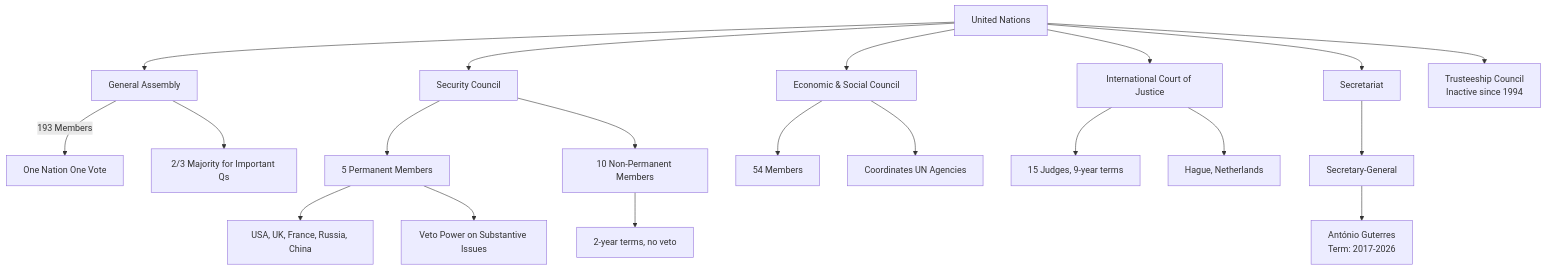
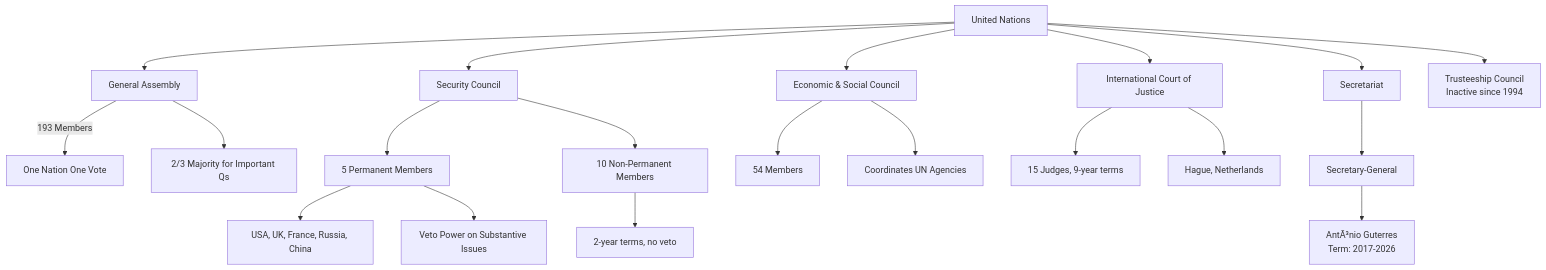
One commit to Raushan666java/ai-engineering-journey changed the diagram in docs/courses/general-awareness/08-sports-awards-international.md. Above: the diagram before and after it, drawn with Mermaid. The commit also changed other lines of this file and 735 other files, not shown here.

````diff
--- a/docs/courses/general-awareness/08-sports-awards-international.md
+++ b/docs/courses/general-awareness/08-sports-awards-international.md
@@ -214,22 +214,22 @@
 ```mermaid
 flowchart TD
     UN[United Nations] --> GA[General Assembly]
     UN --> SC[Security Council]
     UN --> ECOSOC[Economic & Social Council]
     UN --> ICJ[International Court of Justice]
     UN --> SEC[Secretariat]
     UN --> TC[Trusteeship Council<br/>Inactive since 1994]
     GA --> |193 Members| GA1[One Nation One Vote]
     GA --> GA2[2/3 Majority for Important Qs]
     SC --> SC1[5 Permanent Members]
     SC --> SC2[10 Non-Permanent Members]
     SC1 --> P1[USA, UK, France, Russia, China]
     SC1 --> P2[Veto Power on Substantive Issues]
     SC2 --> NP1[2-year terms, no veto]
     ECOSOC --> EC1[54 Members]
     ECOSOC --> EC2[Coordinates UN Agencies]
     ICJ --> ICJ1[15 Judges, 9-year terms]
     ICJ --> ICJ2[Hague, Netherlands]
     SEC --> SEC1[Secretary-General]
-    SEC1 --> SG[António Guterres<br/>Term: 2017-2026]
+    SEC1 --> SG[AntÃ³nio Guterres<br/>Term: 2017-2026]
 ```
````
